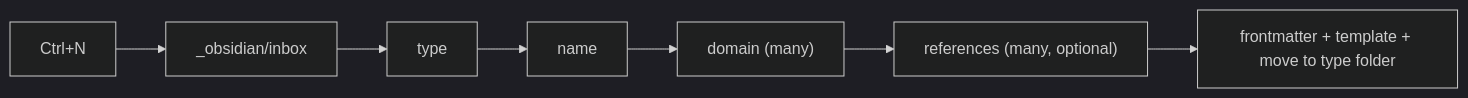
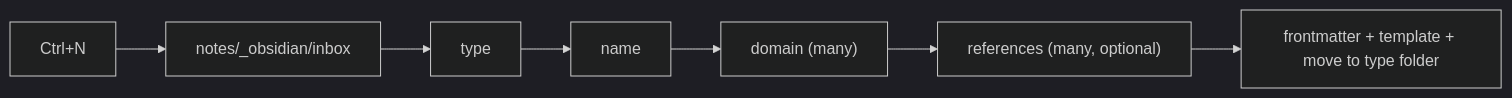
The third of 4 diagrams in skills/notes/README.md (mccleod1290/Study-Skill-Builder), drawn with Mermaid (dark theme) before and after one commit. The commit also changed other lines of this file and 19 other files, not shown here.

````diff
--- a/skills/notes/README.md
+++ b/skills/notes/README.md
@@ -28,5 +48,5 @@
 ```mermaid
 flowchart LR
-  N["Ctrl+N"] --> I["_obsidian/inbox"] --> T["type"] --> M["name"] --> D["domain (many)"] --> R["references (many, optional)"]
+  N["Ctrl+N"] --> I["notes/_obsidian/inbox"] --> T["type"] --> M["name"] --> D["domain (many)"] --> R["references (many, optional)"]
   R --> F["frontmatter + template + move to type folder"]
 ```
````
